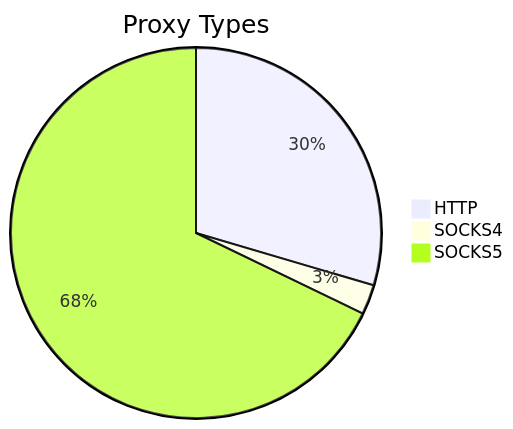
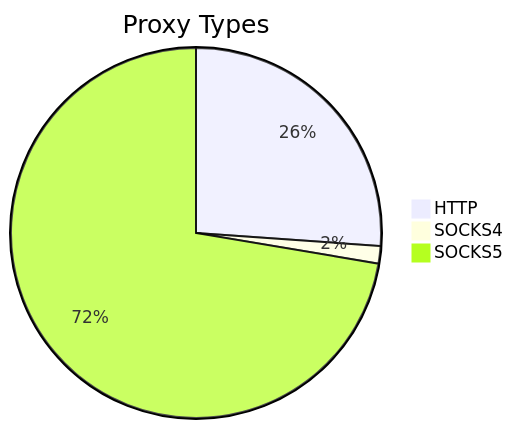
One commit to stormsia/proxy-list changed the first of 2 diagrams in README.md. Above: the diagram before and after it, drawn with Mermaid. The commit also changed other lines of this file, not shown here.

````diff
--- a/README.md
+++ b/README.md
@@ -21,6 +21,6 @@
 ```mermaid
 pie title Proxy Types
-    "HTTP" : 522
-    "SOCKS4" : 46
-    "SOCKS5" : 1198
+    "HTTP" : 360
+    "SOCKS4" : 21
+    "SOCKS5" : 997
 ```
````
